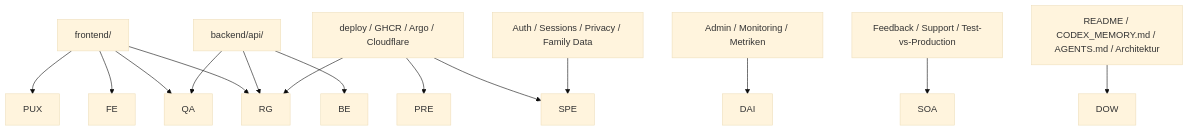
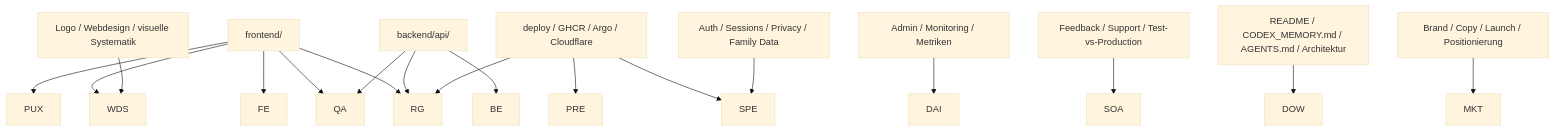
The third of 3 diagrams in AGENTS.md (aidun/mealplanner), drawn with Mermaid (base theme) before and after one commit. The commit also changed other lines of this file and 15 other files, not shown here.

Commit message:
Add first-login onboarding flow

````diff
--- a/AGENTS.md
+++ b/AGENTS.md
@@ -86,23 +157,28 @@
 ```mermaid
 flowchart TD
     F1["frontend/"] --> PUX
+    F1 --> WDS
     F1 --> FE
     F1 --> QA
     F1 --> RG
 
     F2["backend/api/"] --> BE
     F2 --> QA
     F2 --> RG
 
     F3["deploy / GHCR / Argo / Cloudflare"] --> PRE
     F3 --> SPE
     F3 --> RG
 
     F4["Auth / Sessions / Privacy / Family Data"] --> SPE
 
     F5["Admin / Monitoring / Metriken"] --> DAI
 
     F6["Feedback / Support / Test-vs-Production"] --> SOA
 
     F7["README / CODEX_MEMORY.md / AGENTS.md / Architektur"] --> DOW
+
+    F8["Brand / Copy / Launch / Positionierung"] --> MKT
+
+    F9["Logo / Webdesign / visuelle Systematik"] --> WDS
 ```
````
